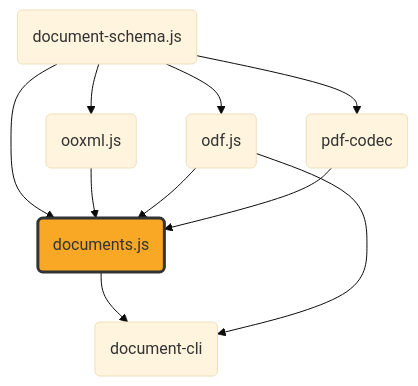
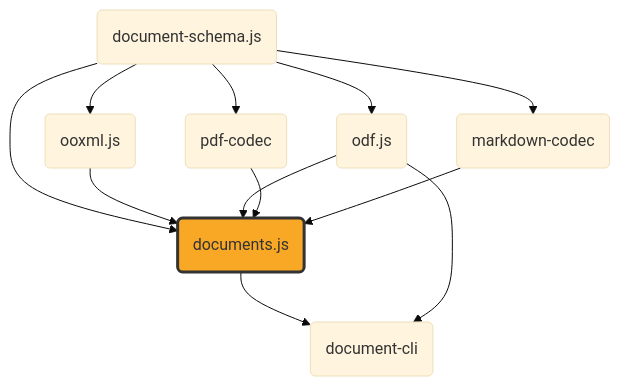
Before and after one commit to ExaDev/documents.js: the diagram in README.md, drawn with Mermaid (base theme). The commit also changed other lines of this file, not shown here.

````diff
--- a/README.md
+++ b/README.md
@@ -9,28 +9,32 @@
 ```mermaid
 graph TD
     schema("document-schema.js")
     ooxml("ooxml.js")
     odf("odf.js")
     pdfcodec("pdf-codec")
+    mdcodec("markdown-codec")
     documents("documents.js")
     cli("document-cli")
 
     schema --> ooxml
     schema --> odf
     schema --> pdfcodec
+    schema --> mdcodec
     schema --> documents
     ooxml --> documents
     odf --> documents
     pdfcodec --> documents
+    mdcodec --> documents
     documents --> cli
     odf --> cli
 
     click schema "https://github.com/ExaDev/document-schema.js" "document-schema.js"
     click ooxml "https://github.com/ExaDev/ooxml.js" "ooxml.js"
     click odf "https://github.com/ExaDev/odf.js" "odf.js"
     click pdfcodec "https://github.com/ExaDev/pdf-codec" "pdf-codec"
+    click mdcodec "https://github.com/ExaDev/markdown-codec" "markdown-codec"
     click documents "https://github.com/ExaDev/documents.js" "documents.js"
     click cli "https://github.com/ExaDev/document-cli" "document-cli"
 
     style documents fill:#f9a825,stroke:#333,stroke-width:3px
 ```
````
